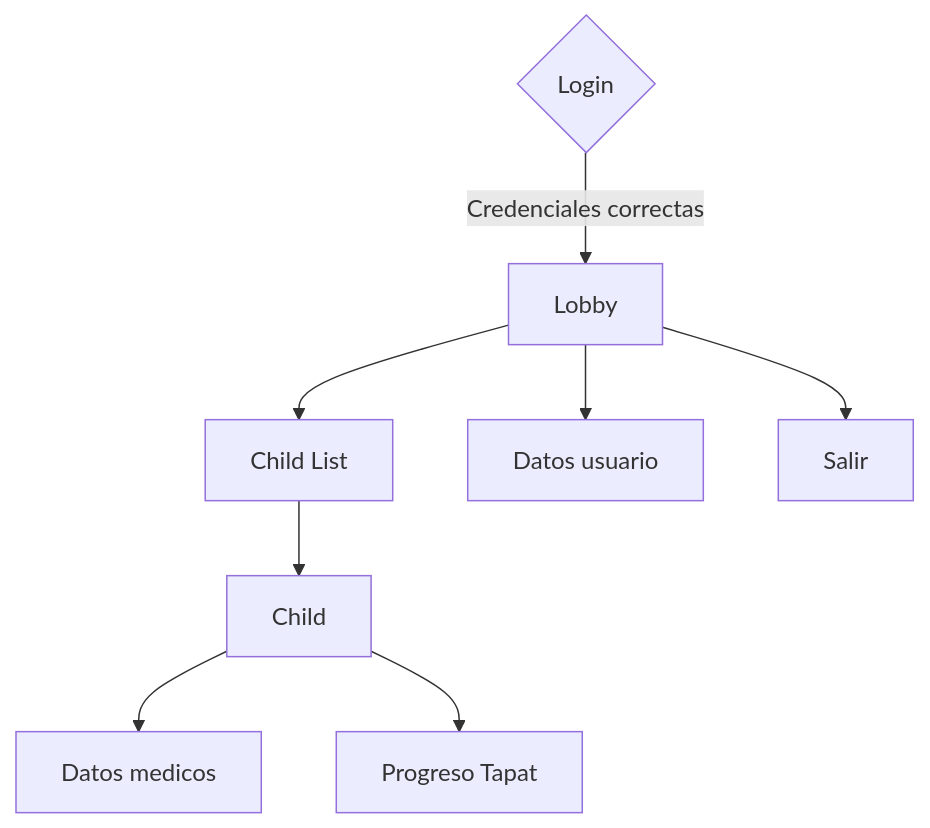
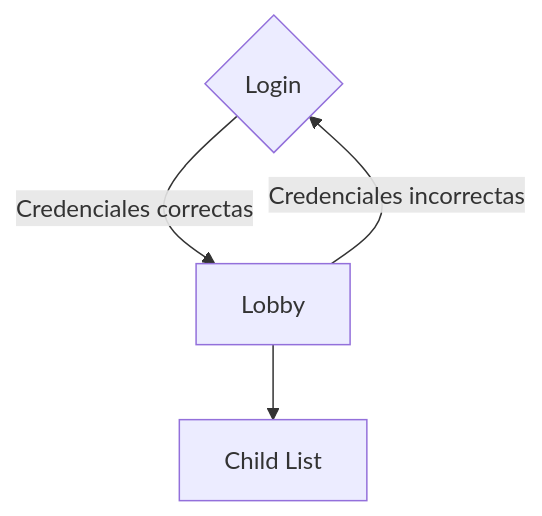
One commit to hhosp/TapatApp changed the diagram in Prototip2/P2FrontEndFluxe.mermaid. Above: the diagram before and after it, drawn with Mermaid. The commit also changed 2 other files, not shown here.

```diff
--- a/Prototip2/P2FrontEndFluxe.mermaid
+++ b/Prototip2/P2FrontEndFluxe.mermaid
@@ -1,9 +1,5 @@
  flowchart TB;
     B{Login}
+    D --> |Credenciales incorrectas| B
     B --> |Credenciales correctas|D[Lobby]
     D --> E[Child List]
-    D --> R[Datos usuario]
-    D --> Salir
-    E --> F[Child]
-    F --> K[Datos medicos]
-    F --> L[Progreso Tapat]
```
